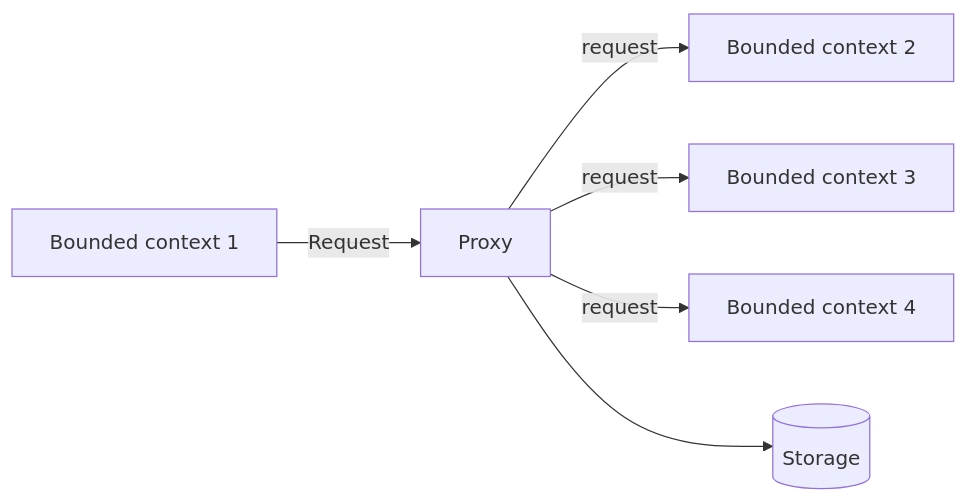
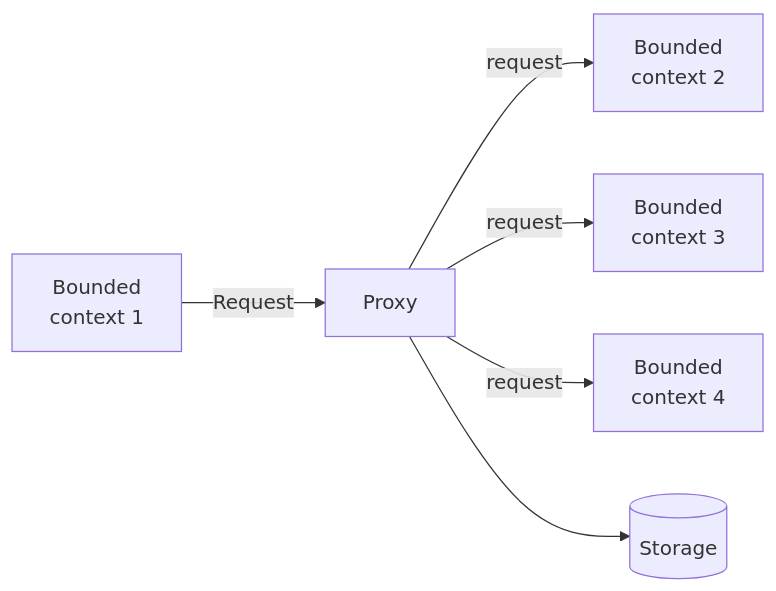
One commit to tam315/markdown-note2 changed the third of 4 diagrams in docs/books/learning-domain-driven-design.md. Above: the diagram before and after it, drawn with Mermaid. The commit also changed other lines of this file, not shown here.

````diff
--- a/docs/books/learning-domain-driven-design.md
+++ b/docs/books/learning-domain-driven-design.md
@@ -621,8 +621,8 @@
 ```mermaid
 flowchart LR
-    BC1[Bounded context 1] --> |Request| P[Proxy]
-    P --> |request| BC2[Bounded context 2]
-    P --> |request| BC3[Bounded context 3]
-    P --> |request| BC4[Bounded context 4]
+    BC1[Bounded<br/>context 1] --> |Request| P[Proxy]
+    P --> |request| BC2[Bounded<br/>context 2]
+    P --> |request| BC3[Bounded<br/>context 3]
+    P --> |request| BC4[Bounded<br/>context 4]
     P --> S[(Storage)]
 ```
````
